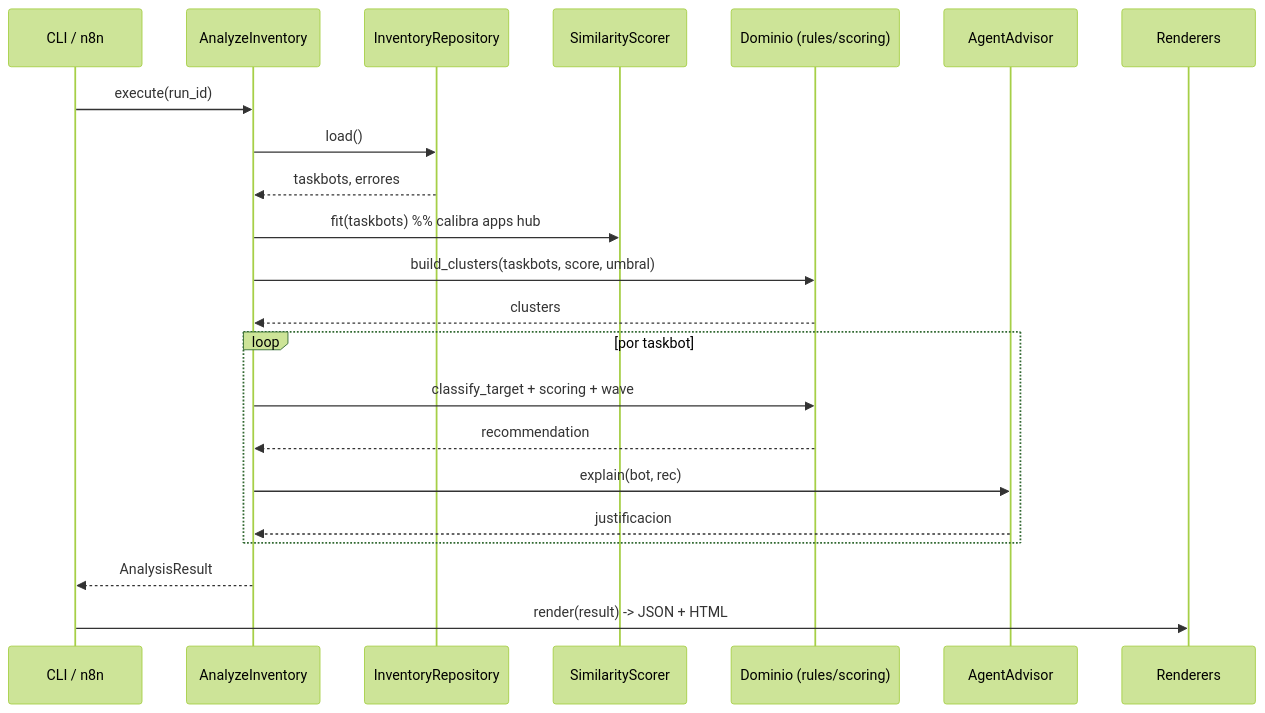
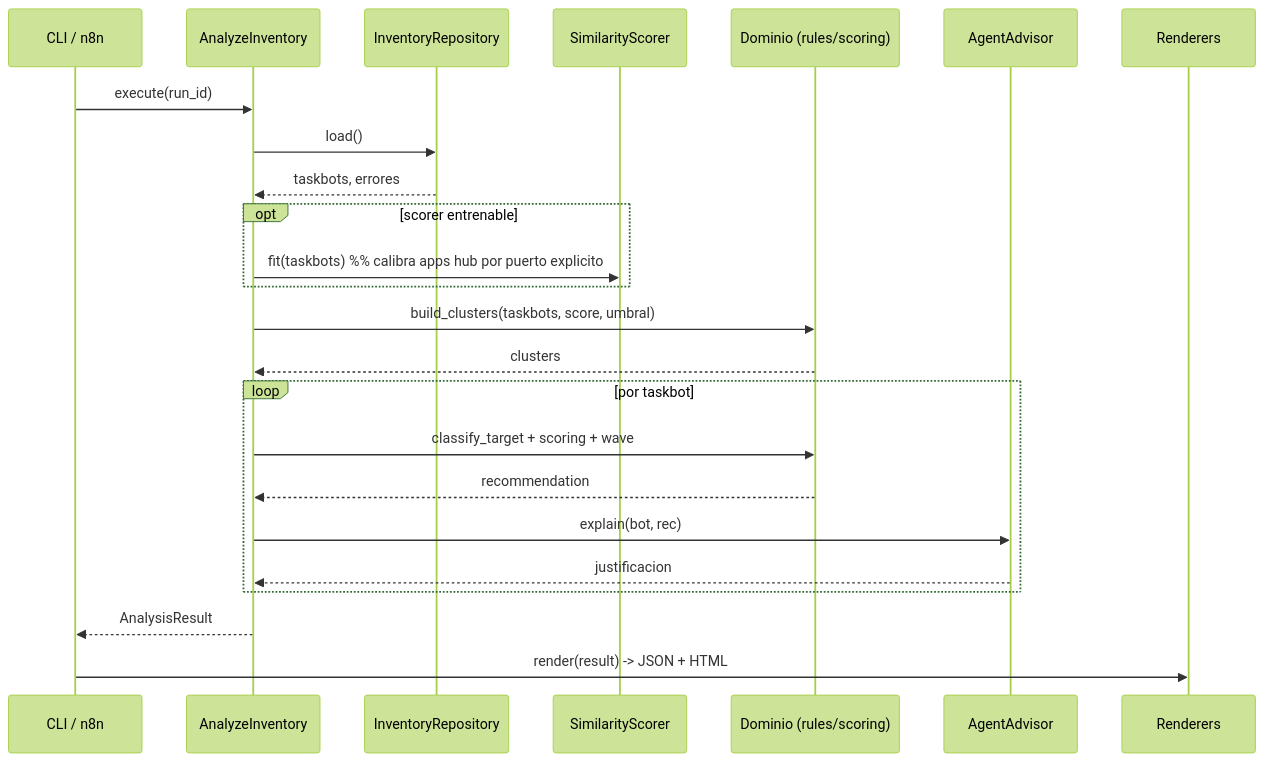
The third of 5 diagrams in docs/uml.md (cataia-code/bancolombia-technical-challenge-b), drawn with Mermaid (forest theme) before and after one commit. The commit also changed other lines of this file and 17 other files, not shown here.

````diff
--- a/docs/uml.md
+++ b/docs/uml.md
@@ -91,25 +116,27 @@
 ```mermaid
 sequenceDiagram
     participant U as CLI / n8n
     participant UC as AnalyzeInventory
     participant R as InventoryRepository
     participant S as SimilarityScorer
     participant D as Dominio (rules/scoring)
     participant A as AgentAdvisor
     participant W as Renderers
 
     U->>UC: execute(run_id)
     UC->>R: load()
     R-->>UC: taskbots, errores
-    UC->>S: fit(taskbots)  %% calibra apps hub
+    opt scorer entrenable
+        UC->>S: fit(taskbots)  %% calibra apps hub por puerto explicito
+    end
     UC->>D: build_clusters(taskbots, score, umbral)
     D-->>UC: clusters
     loop por taskbot
         UC->>D: classify_target + scoring + wave
         D-->>UC: recommendation
         UC->>A: explain(bot, rec)
         A-->>UC: justificacion
     end
     UC-->>U: AnalysisResult
     U->>W: render(result) -> JSON + HTML
 ```
````
